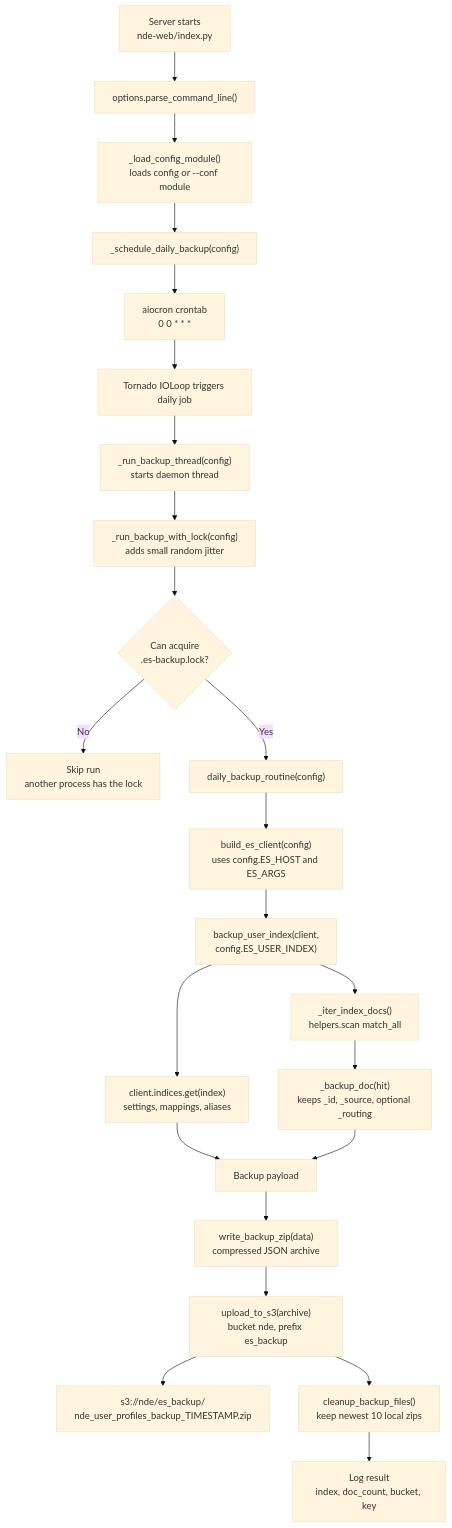
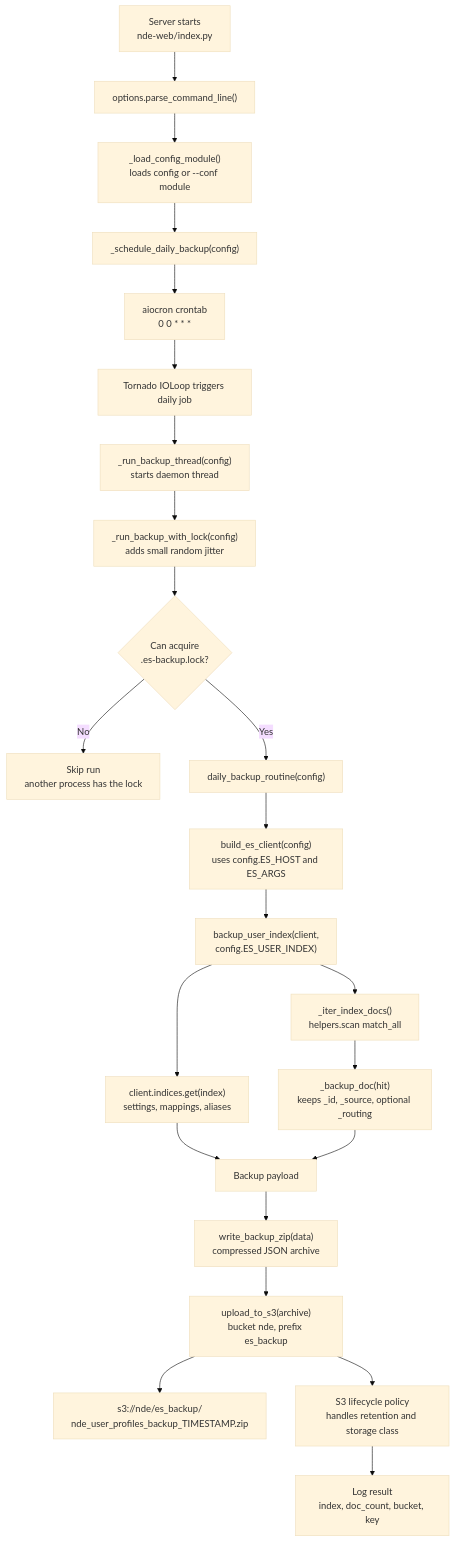
One commit to NIAID-Data-Ecosystem/nde-discovery-api changed the first of 3 diagrams in docs/daily_s3_backup_workflow.md. Above: the diagram before and after it, drawn with Mermaid (base theme). The commit also changed other lines of this file and 3 other files, not shown here.

````diff
--- a/docs/daily_s3_backup_workflow.md
+++ b/docs/daily_s3_backup_workflow.md
@@ -7,27 +7,27 @@
 ```mermaid
 flowchart TD
     A["Server starts<br/>nde-web/index.py"] --> B["options.parse_command_line()"]
     B --> C["_load_config_module()<br/>loads config or --conf module"]
     C --> D["_schedule_daily_backup(config)"]
     D --> E["aiocron crontab<br/>0 0 * * *"]
     E --> F["Tornado IOLoop triggers daily job"]
     F --> G["_run_backup_thread(config)<br/>starts daemon thread"]
     G --> H["_run_backup_with_lock(config)<br/>adds small random jitter"]
     H --> I{"Can acquire<br/>.es-backup.lock?"}
     I -- "No" --> J["Skip run<br/>another process has the lock"]
     I -- "Yes" --> K["daily_backup_routine(config)"]
 
     K --> L["build_es_client(config)<br/>uses config.ES_HOST and ES_ARGS"]
     L --> M["backup_user_index(client,<br/>config.ES_USER_INDEX)"]
     M --> N["client.indices.get(index)<br/>settings, mappings, aliases"]
     M --> O["_iter_index_docs()<br/>helpers.scan match_all"]
     O --> P["_backup_doc(hit)<br/>keeps _id, _source, optional _routing"]
     N --> Q["Backup payload"]
     P --> Q
 
     Q --> R["write_backup_zip(data)<br/>compressed JSON archive"]
     R --> S["upload_to_s3(archive)<br/>bucket nde, prefix es_backup"]
     S --> T["s3://nde/es_backup/<br/>nde_user_profiles_backup_TIMESTAMP.zip"]
-    S --> U["cleanup_backup_files()<br/>keep newest 10 local zips"]
+    S --> U["S3 lifecycle policy<br/>handles retention and storage class"]
     U --> V["Log result<br/>index, doc_count, bucket, key"]
 ```
````
